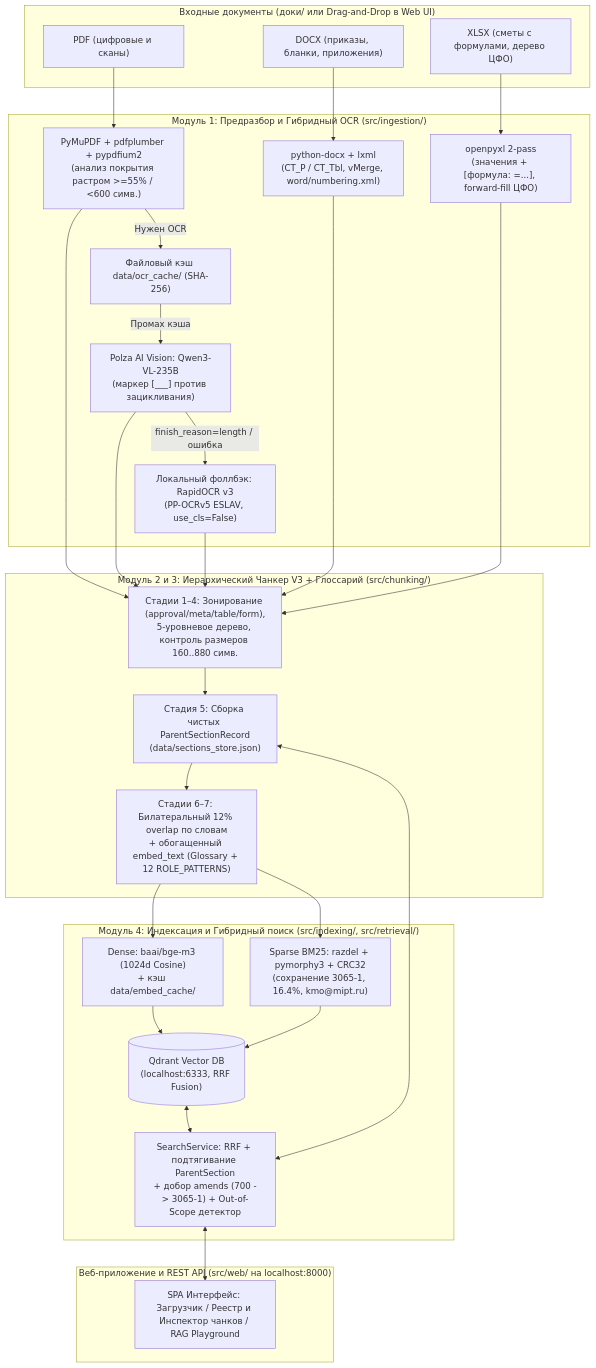
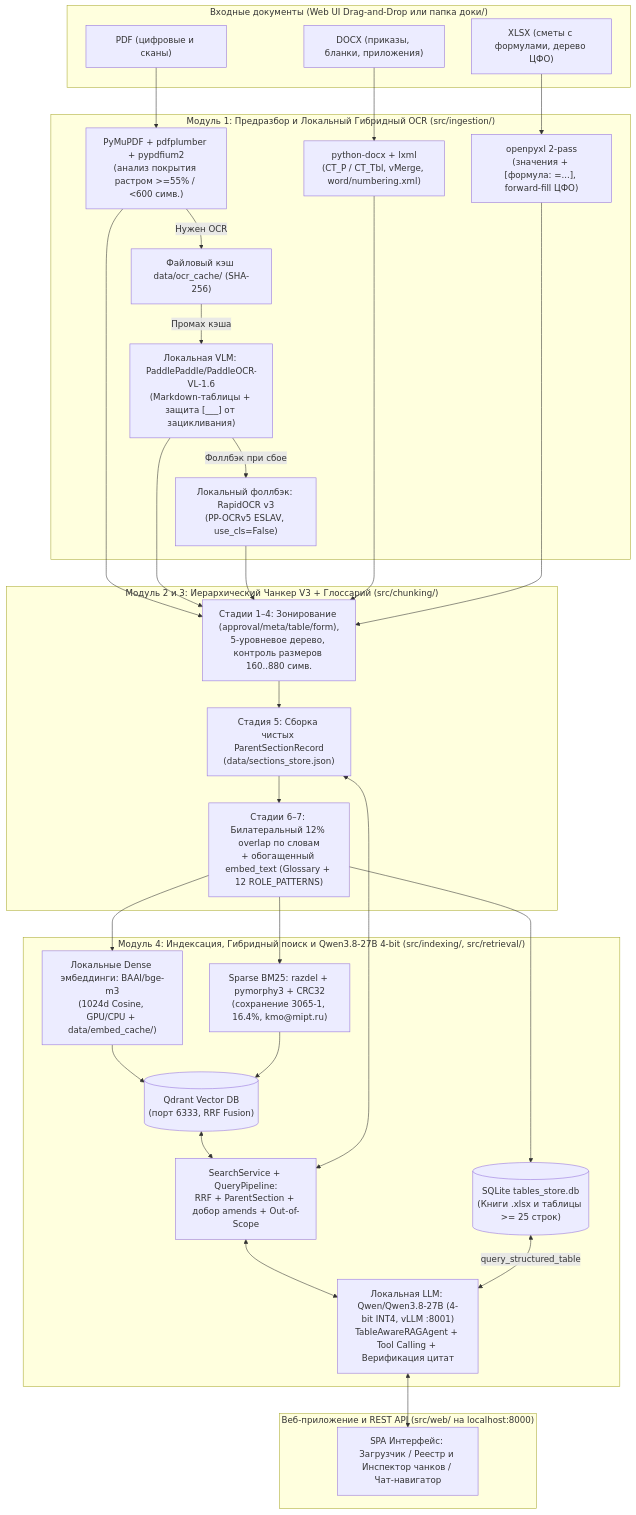
The first of 3 diagrams in README.md (aren209/INBICST_hack80), drawn with Mermaid before and after one commit. The commit also changed other lines of this file and 10 other files, not shown here.

````diff
--- a/README.md
+++ b/README.md
@@ -47,57 +47,62 @@
 ```mermaid
 flowchart TD
-    subgraph Input["Входные документы (доки/ или Drag-and-Drop в Web UI)"]
+    subgraph Input["Входные документы (Web UI Drag-and-Drop или папка доки/)"]
         PDF["PDF (цифровые и сканы)"]
         DOCX["DOCX (приказы, бланки, приложения)"]
         XLSX["XLSX (сметы с формулами, дерево ЦФО)"]
     end
 
-    subgraph Mod1["Модуль 1: Предразбор и Гибридный OCR (src/ingestion/)"]
+    subgraph Mod1["Модуль 1: Предразбор и Локальный Гибридный OCR (src/ingestion/)"]
         P_PDF["PyMuPDF + pdfplumber + pypdfium2\n(анализ покрытия растром >=55% / <600 симв.)"]
         OCR_CACHE["Файловый кэш data/ocr_cache/ (SHA-256)"]
-        VLM["Polza AI Vision: Qwen3-VL-235B\n(маркер [___] против зацикливания)"]
+        VLM["Локальная VLM: PaddlePaddle/PaddleOCR-VL-1.6\n(Markdown-таблицы + защита [___] от зацикливания)"]
         RAPID["Локальный фоллбэк: RapidOCR v3\n(PP-OCRv5 ESLAV, use_cls=False)"]
         P_DOCX["python-docx + lxml\n(CT_P / CT_Tbl, vMerge, word/numbering.xml)"]
         P_XLSX["openpyxl 2-pass\n(значения + [формула: =...], forward-fill ЦФО)"]
     end
 
     subgraph Mod2["Модуль 2 и 3: Иерархический Чанкер V3 + Глоссарий (src/chunking/)"]
         STAGE1_4["Стадии 1–4: Зонирование (approval/meta/table/form),\n5-уровневое дерево, контроль размеров 160..880 симв."]
         STAGE5["Стадия 5: Сборка чистых ParentSectionRecord\n(data/sections_store.json)"]
         STAGE6_7["Стадии 6–7: Билатеральный 12% overlap по словам\n+ обогащенный embed_text (Glossary + 12 ROLE_PATTERNS)"]
     end
 
-    subgraph Mod4["Модуль 4: Индексация и Гибридный поиск (src/indexing/, src/retrieval/)"]
-        DENSE["Dense: baai/bge-m3 (1024d Cosine)\n+ кэш data/embed_cache/"]
+    subgraph Mod4["Модуль 4: Индексация, Гибридный поиск и Qwen3.8-27B 4-bit (src/indexing/, src/retrieval/)"]
+        DENSE["Локальные Dense эмбеддинги: BAAI/bge-m3\n(1024d Cosine, GPU/CPU + data/embed_cache/)"]
         SPARSE["Sparse BM25: razdel + pymorphy3 + CRC32\n(сохранение 3065-1, 16.4%, kmo@mipt.ru)"]
-        QDRANT[("Qdrant Vector DB\n(localhost:6333, RRF Fusion)")]
-        SEARCH["SearchService: RRF + подтягивание ParentSection\n+ добор amends (700 -> 3065-1) + Out-of-Scope детектор"]
+        QDRANT[("Qdrant Vector DB\n(порт 6333, RRF Fusion)")]
+        SQLITE_DB[("SQLite tables_store.db\n(Книги .xlsx и таблицы >= 25 строк)")]
+        SEARCH["SearchService + QueryPipeline:\nRRF + ParentSection + добор amends + Out-of-Scope"]
+        LLM["Локальная LLM: Qwen/Qwen3.8-27B (4-bit INT4, vLLM :8001)\nTableAwareRAGAgent + Tool Calling + Верификация цитат"]
     end
 
     subgraph Web["Веб-приложение и REST API (src/web/ на localhost:8000)"]
-        UI["SPA Интерфейс: Загрузчик / Реестр и Инспектор чанков / RAG Playground"]
+        UI["SPA Интерфейс: Загрузчик / Реестр и Инспектор чанков / Чат-навигатор"]
     end
 
     PDF --> P_PDF
     P_PDF -->|Нужен OCR| OCR_CACHE
     OCR_CACHE -->|Промах кэша| VLM
-    VLM -->|finish_reason=length / ошибка| RAPID
+    VLM -->|Фоллбэк при сбое| RAPID
     DOCX --> P_DOCX
     XLSX --> P_XLSX
 
     P_PDF --> STAGE1_4
     VLM --> STAGE1_4
     RAPID --> STAGE1_4
     P_DOCX --> STAGE1_4
     P_XLSX --> STAGE1_4
 
     STAGE1_4 --> STAGE5
     STAGE5 --> STAGE6_7
     STAGE6_7 --> DENSE
     STAGE6_7 --> SPARSE
+    STAGE6_7 --> SQLITE_DB
     DENSE --> QDRANT
     SPARSE --> QDRANT
     QDRANT <--> SEARCH
     STAGE5 <--> SEARCH
-    SEARCH <--> UI
+    SEARCH <--> LLM
+    SQLITE_DB <-->|query_structured_table| LLM
+    LLM <--> UI
 ```
````
